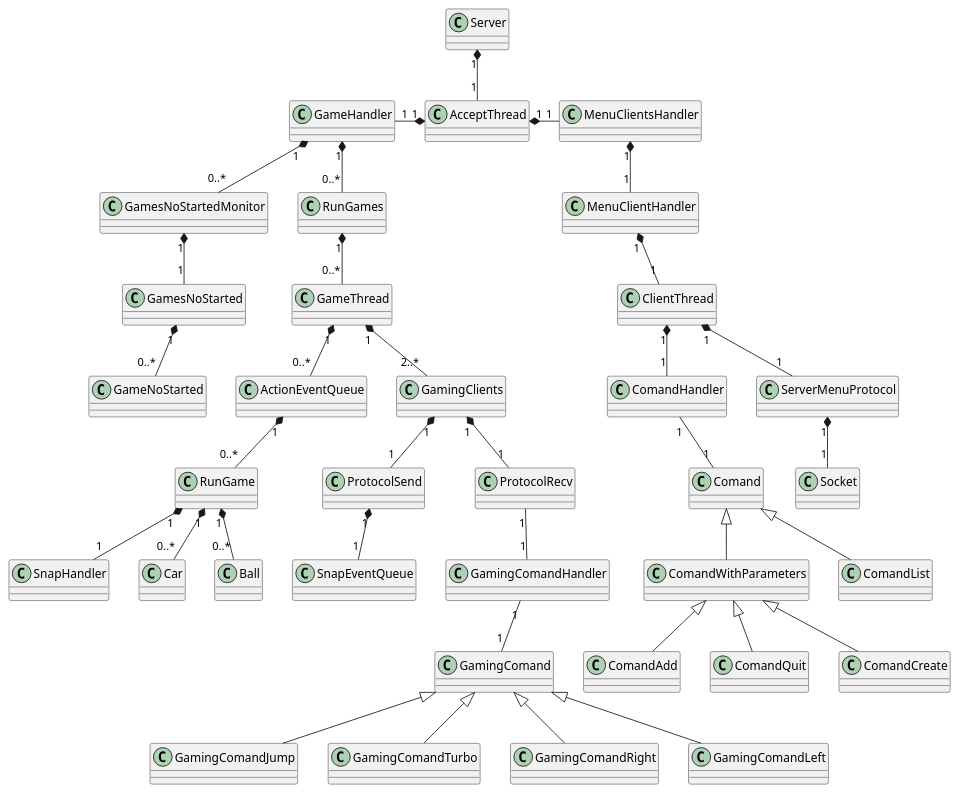
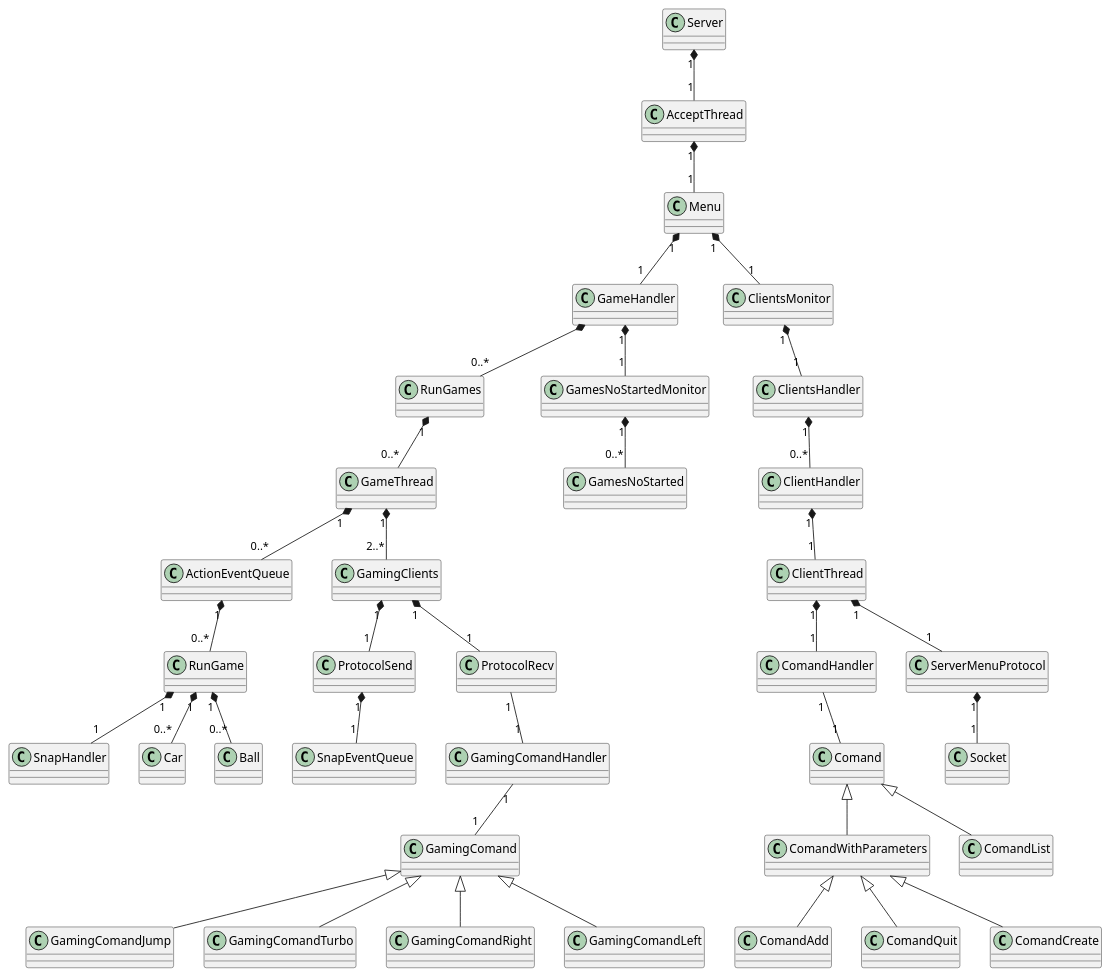
The diagram in ServerSimplificated.puml (aromero3003/Rocket-League-sideswipe-Taller-1-FIUBA), drawn with PlantUML before and after one commit. The commit also changed 32 other files, not shown here.

```diff
--- a/ServerSimplificated.puml
+++ b/ServerSimplificated.puml
@@ -1,48 +1,53 @@
 @startuml
 'https://plantuml.com/class-diagram
 
 Server "1"*--"1" AcceptThread
-AcceptThread "1"*-left-"1" GameHandler
-AcceptThread "1"*-right-"1" MenuClientsHandler
-GameHandler "1" *-- "0..*" GamesNoStartedMonitor
-GamesNoStartedMonitor "1" *-- "1" GamesNoStarted
-GamesNoStarted "1" *-- "0..*" GameNoStarted
-GameHandler "1" *-- "0..*" RunGames
+AcceptThread "1"*--"1" Menu
+
+
+Menu "1"*--"1" GameHandler
+GameHandler *-- "0..*" RunGames
+
+GameHandler "1" *-- "1" GamesNoStartedMonitor
+GamesNoStartedMonitor "1" *-- "0..*" GamesNoStarted
+
+
+Menu"1"*--"1"ClientsMonitor
+ClientsMonitor"1"*--"1"ClientsHandler
+ClientsHandler"1"*--"0..*"ClientHandler
+ClientHandler "1"*--"1"ClientThread
+ClientThread "1"*--"1" ComandHandler
+ClientThread "1"*--"1" ServerMenuProtocol
+ServerMenuProtocol "1"*--"1"  Socket
 
 RunGames "1"*--"0..*" GameThread
 
 ProtocolSend "1"*--"1" SnapEventQueue
 GameThread "1" *-- "0..*" ActionEventQueue
 ActionEventQueue "1" *-- "0..*" RunGame
 RunGame "1" *-- "1" SnapHandler
 RunGame "1" *-- "0..*" Car
 RunGame "1" *-- "0..*" Ball
 
 GameThread "1" *-- "2..*" GamingClients
 GamingClients "1"*--"1" ProtocolSend
 GamingClients "1"*--"1" ProtocolRecv
 ProtocolRecv "1"--"1" GamingComandHandler
 GamingComandHandler "1"--"1" GamingComand
 GamingComand <|-- GamingComandJump
 GamingComand <|-- GamingComandTurbo
 GamingComand <|-- GamingComandRight
 GamingComand <|-- GamingComandLeft
 
 
-MenuClientsHandler "1"*--"1"MenuClientHandler
-MenuClientHandler "1"*--"1"ClientThread
-ClientThread "1"*--"1" ComandHandler
-ClientThread "1"*--"1" ServerMenuProtocol
-ServerMenuProtocol "1"*--"1"  Socket
-
 ComandHandler "1"--"1" Comand
 Comand <|-- ComandWithParameters
 Comand <|-- ComandList
 ComandWithParameters <|-- ComandAdd
 ComandWithParameters <|-- ComandQuit
 ComandWithParameters <|-- ComandCreate
 
 
 
 
 @enduml
```
